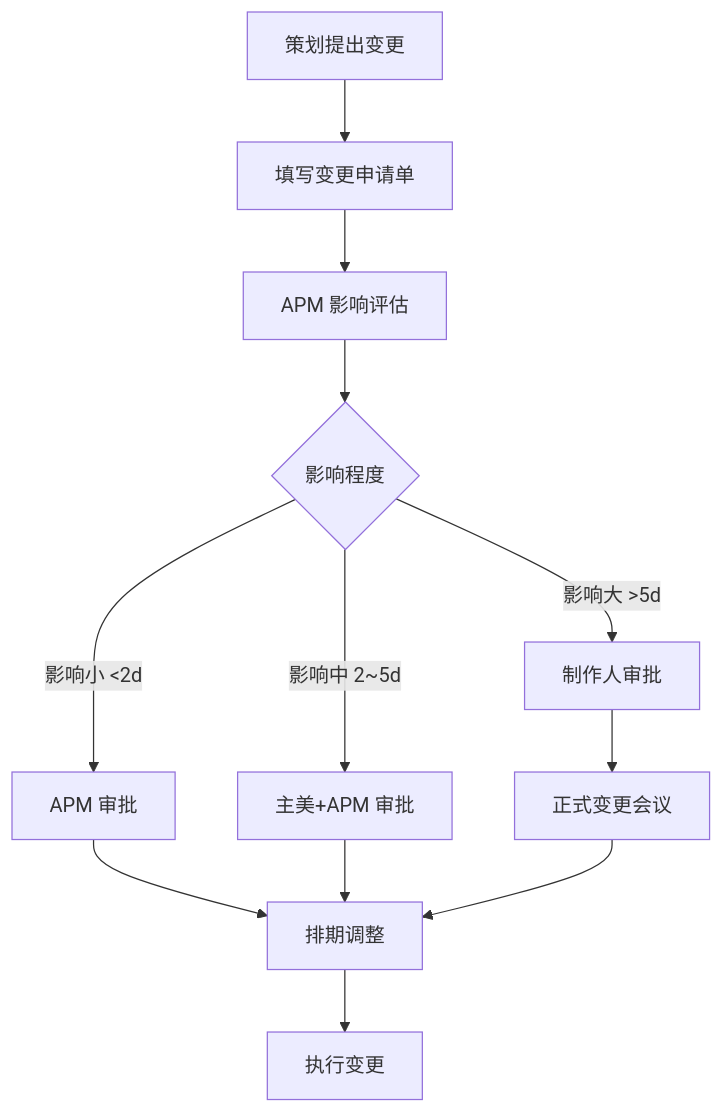
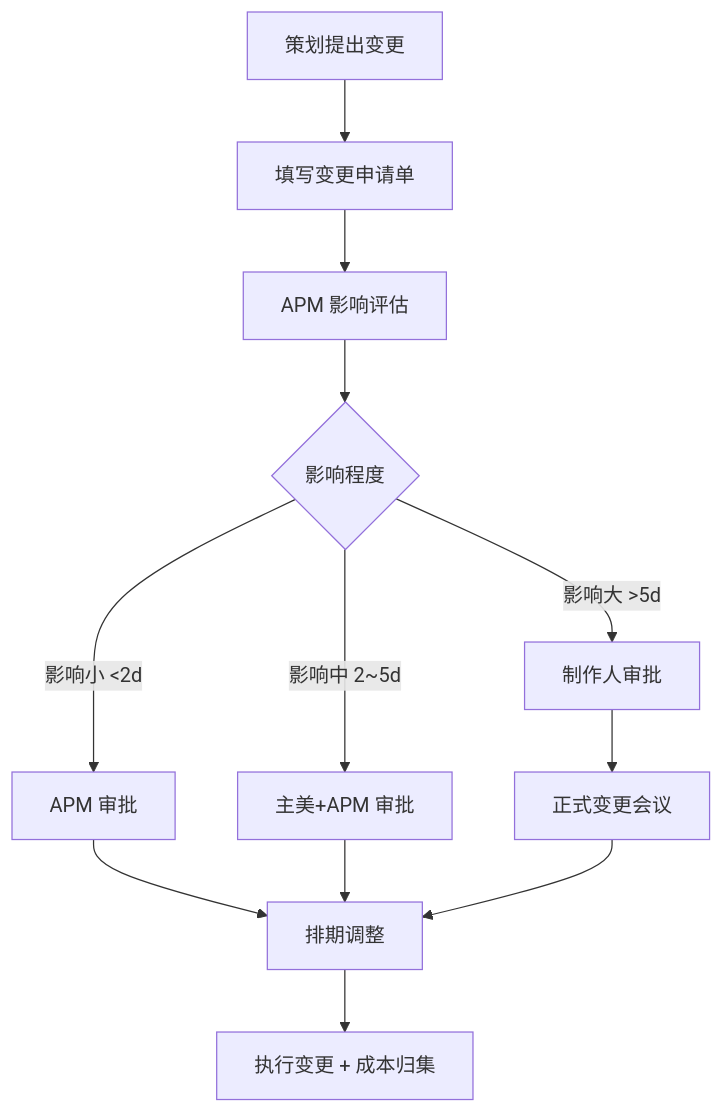
One commit to diedie23/Game-Knowledge-Base changed the third of 3 diagrams in docs/knowledge-base/art-vs-planner-req.md. Above: the diagram before and after it, drawn with Mermaid. The commit also changed other lines of this file and 2 other files, not shown here.

````diff
--- a/docs/knowledge-base/art-vs-planner-req.md
+++ b/docs/knowledge-base/art-vs-planner-req.md
@@ -153,14 +298,14 @@
 ```mermaid
 graph TD
     A[策划提出变更] --> B[填写变更申请单]
     B --> C[APM 影响评估]
     C --> D{影响程度}
     D -->|影响小 <2d| E[APM 审批]
     D -->|影响中 2~5d| F[主美+APM 审批]
     D -->|影响大 >5d| G[制作人审批]
     E --> H[排期调整]
     F --> H
     G --> I[正式变更会议]
     I --> H
-    H --> J[执行变更]
+    H --> J[执行变更 + 成本归集]
 ```
````
